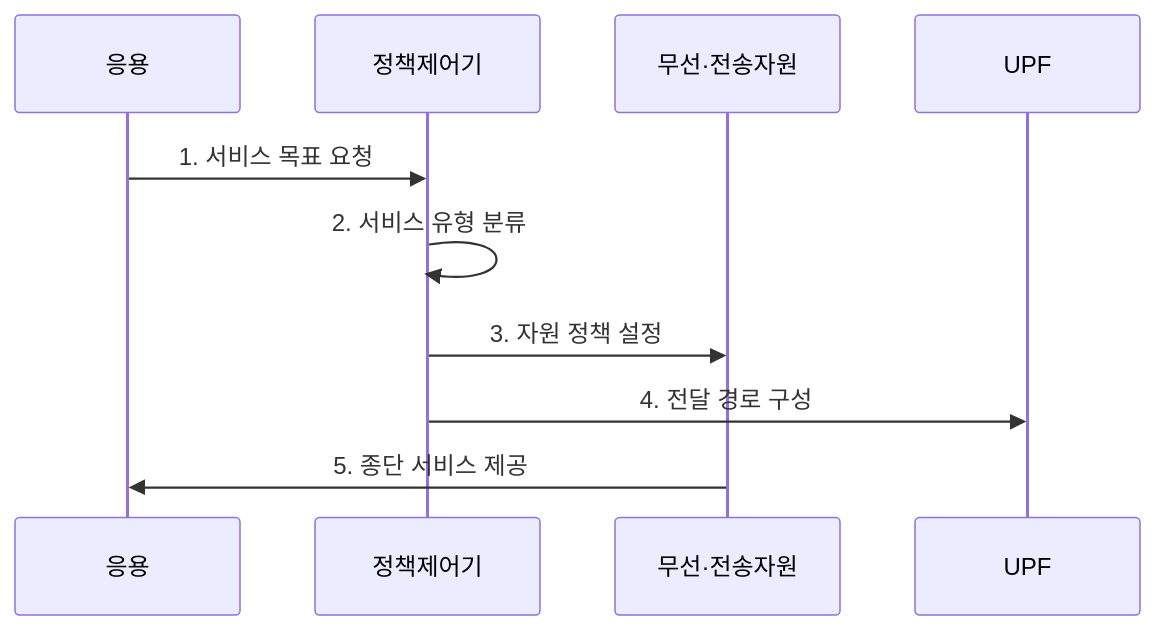
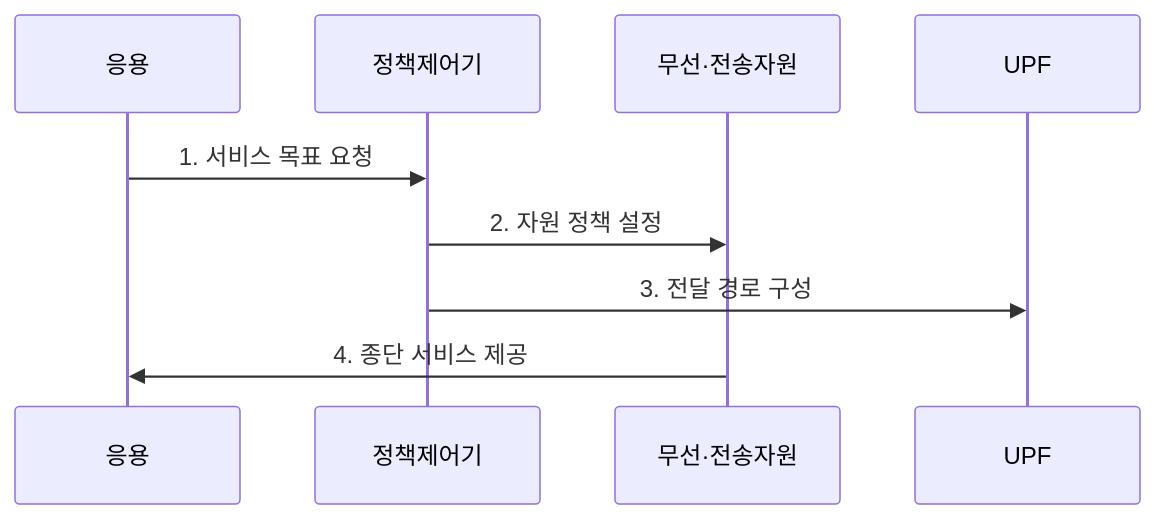
The second of 2 diagrams in src/content/docs/notes/04-network/036_5g_core_technologies.md (agnusdei1207/knowledge-base), drawn with Mermaid before and after one commit. The commit also changed other lines of this file and 122 other files, not shown here.

````diff
--- a/src/content/docs/notes/04-network/036_5g_core_technologies.md
+++ b/src/content/docs/notes/04-network/036_5g_core_technologies.md
@@ -78,12 +78,11 @@
 ```mermaid
 sequenceDiagram
     participant 응용
     participant 정책제어기
     participant 무선·전송자원
     participant UPF
     응용->>정책제어기: 1. 서비스 목표 요청
-    정책제어기->>정책제어기: 2. 서비스 유형 분류
-    정책제어기->>무선·전송자원: 3. 자원 정책 설정
-    정책제어기->>UPF: 4. 전달 경로 구성
-    무선·전송자원->>응용: 5. 종단 서비스 제공
+    정책제어기->>무선·전송자원: 2. 자원 정책 설정
+    정책제어기->>UPF: 3. 전달 경로 구성
+    무선·전송자원->>응용: 4. 종단 서비스 제공
 ```
````
